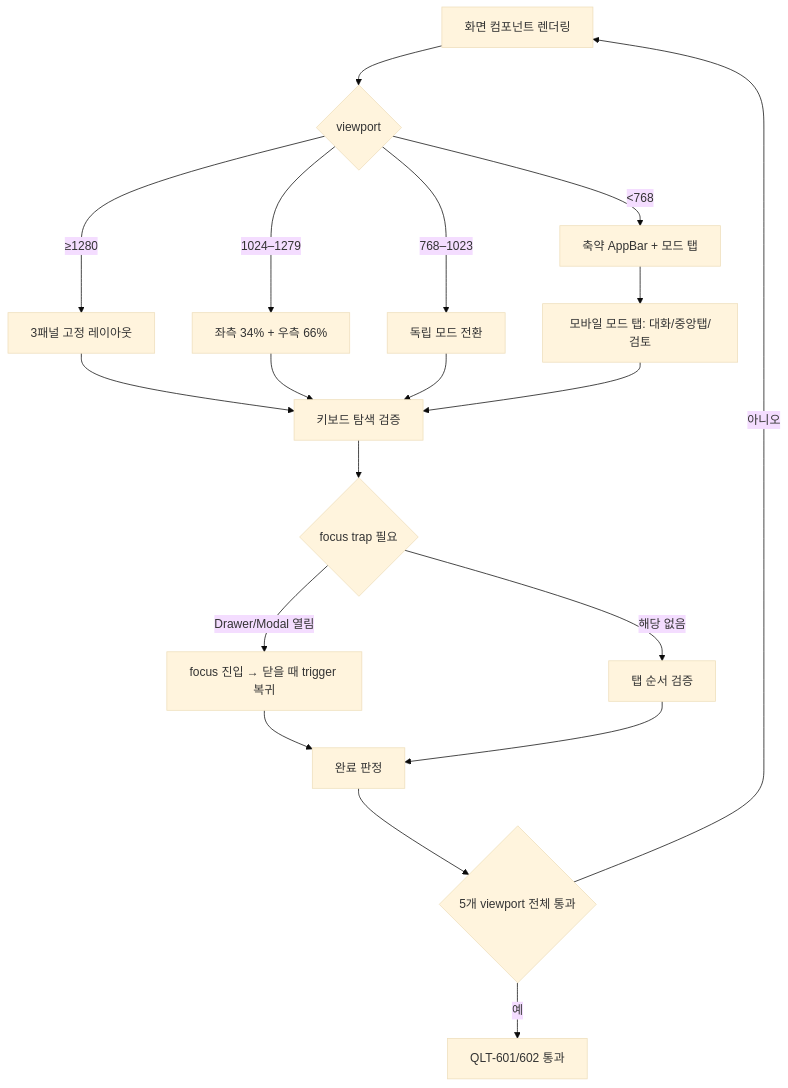
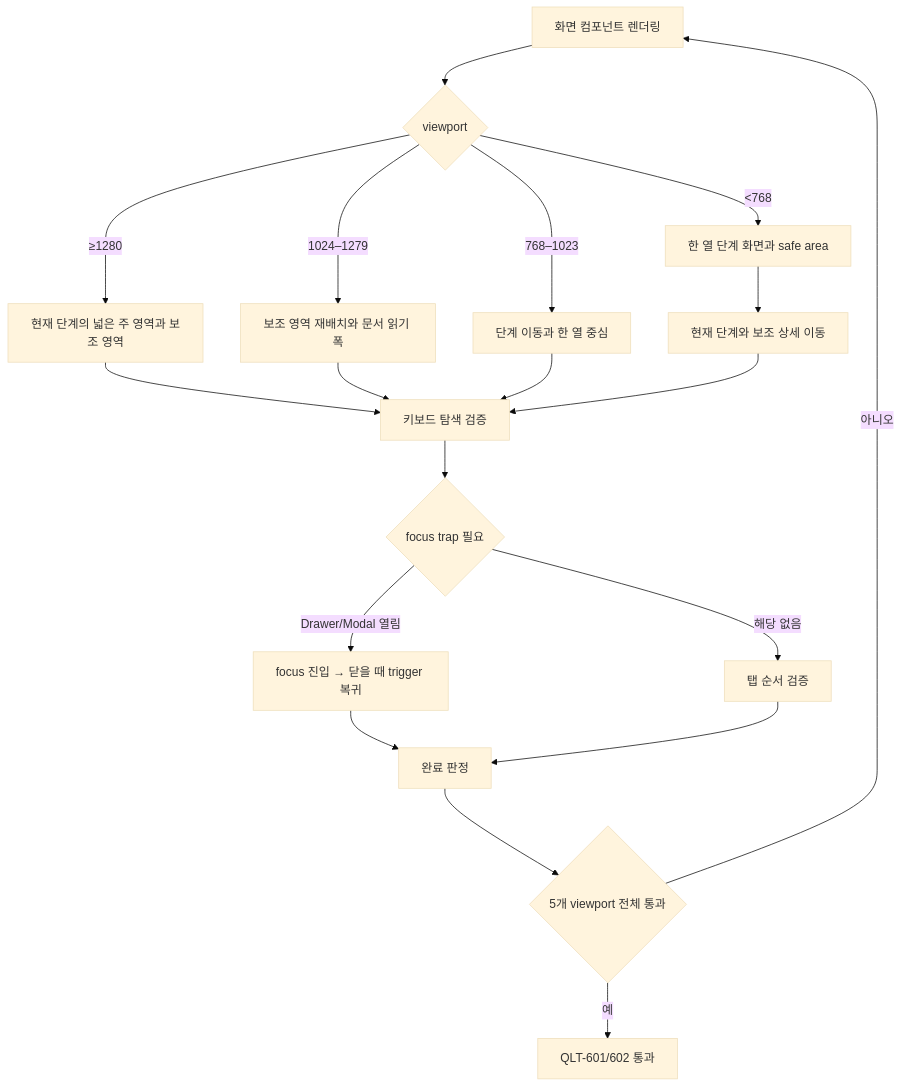
One commit to donghyunlee-dev/ai-agent-blueprint changed the diagram in docs/tasks/QLT-PR-01/plan.md. Above: the diagram before and after it, drawn with Mermaid (base theme). The commit also changed other lines of this file and 33 other files, not shown here.

````diff
--- a/docs/tasks/QLT-PR-01/plan.md
+++ b/docs/tasks/QLT-PR-01/plan.md
@@ -49,21 +49,21 @@
 ```mermaid
 flowchart TD
     A[화면 컴포넌트 렌더링] --> B{viewport}
-    B -->|"≥1280"| C[3패널 고정 레이아웃]
-    B -->|"1024–1279"| D[좌측 34% + 우측 66%]
-    B -->|"768–1023"| E[독립 모드 전환]
-    B -->|"<768"| F[축약 AppBar + 모드 탭]
+    B -->|"≥1280"| C[현재 단계의 넓은 주 영역과 보조 영역]
+    B -->|"1024–1279"| D[보조 영역 재배치와 문서 읽기 폭]
+    B -->|"768–1023"| E[단계 이동과 한 열 중심]
+    B -->|"<768"| F[한 열 단계 화면과 safe area]
     C --> G[키보드 탐색 검증]
     D --> G
     E --> G
-    F --> H[모바일 모드 탭: 대화/중앙탭/검토]
+    F --> H[현재 단계와 보조 상세 이동]
     H --> G
     G --> I{focus trap 필요}
     I -->|Drawer/Modal 열림| J[focus 진입 → 닫을 때 trigger 복귀]
     I -->|해당 없음| K[탭 순서 검증]
     J --> L[완료 판정]
     K --> L
     L --> M{5개 viewport 전체 통과}
     M -->|아니오| A
     M -->|예| N[QLT-601/602 통과]
 ```
````
